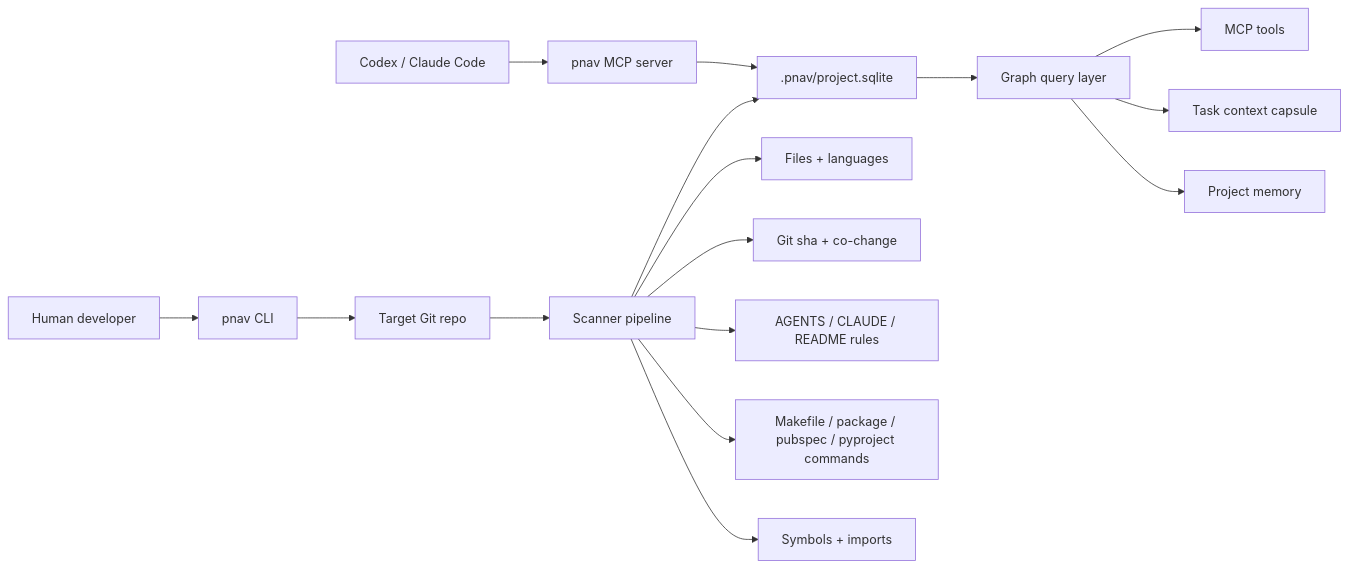
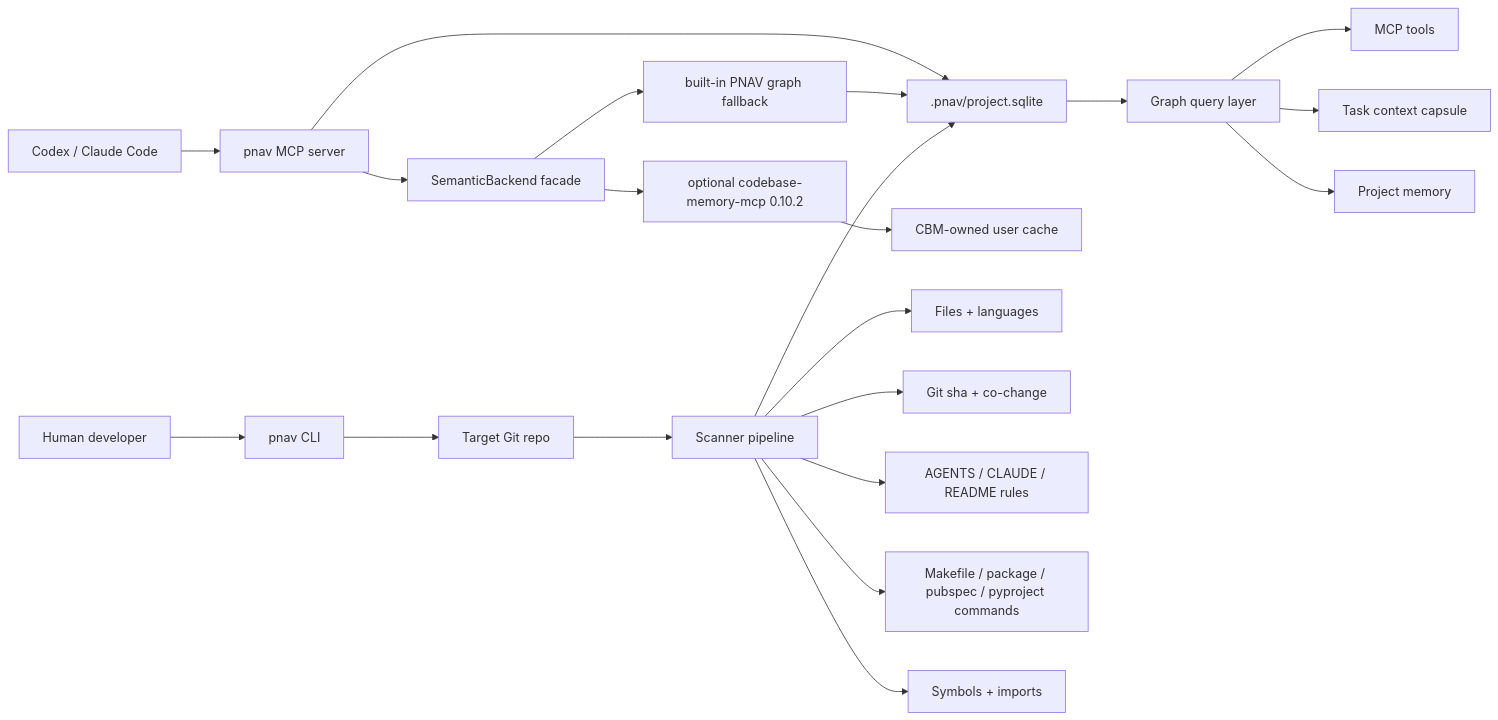
One commit to ValentinoWang/ProjectNavigatorMCP changed the first of 4 diagrams in docs/architecture.md. Above: the diagram before and after it, drawn with Mermaid. The commit also changed other lines of this file and 18 other files, not shown here.

Commit message:
feat: add codebase-memory semantic backend

````diff
--- a/docs/architecture.md
+++ b/docs/architecture.md
@@ -17,22 +17,27 @@
 ```mermaid
 flowchart LR
   Human["Human developer"] --> CLI["pnav CLI"]
   Agent["Codex / Claude Code"] --> MCP["pnav MCP server"]
 
   CLI --> Repo["Target Git repo"]
   MCP --> DB[".pnav/project.sqlite"]
+  MCP --> Semantic["SemanticBackend facade"]
+  Semantic --> CBM["optional codebase-memory-mcp 0.10.2"]
+  Semantic --> Builtin["built-in PNAV graph fallback"]
+  Builtin --> DB
+  CBM --> CBMStore["CBM-owned user cache"]
 
   Repo --> Scanner["Scanner pipeline"]
   Scanner --> DB
 
   Scanner --> FileScan["Files + languages"]
   Scanner --> GitScan["Git sha + co-change"]
   Scanner --> RuleScan["AGENTS / CLAUDE / README rules"]
   Scanner --> CommandScan["Makefile / package / pubspec / pyproject commands"]
   Scanner --> SymbolScan["Symbols + imports"]
 
   DB --> Graph["Graph query layer"]
   Graph --> Tools["MCP tools"]
   Graph --> Capsule["Task context capsule"]
   Graph --> Memory["Project memory"]
 ```
````
